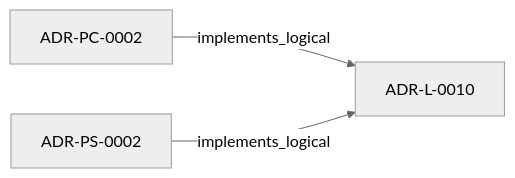
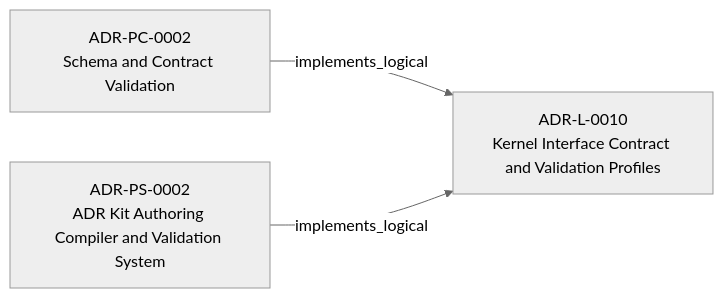
Before and after one commit to egallmann/adr-architecture-kit: the first of 2 diagrams in adrs/adr-projection/logical/ADR-L-0010-kernel-interface-contract-and-validation-profiles.md, drawn with Mermaid (neutral theme). The commit also changed other lines of this file and 35 other files, not shown here.

````diff
--- a/adrs/adr-projection/logical/ADR-L-0010-kernel-interface-contract-and-validation-profiles.md
+++ b/adrs/adr-projection/logical/ADR-L-0010-kernel-interface-contract-and-validation-profiles.md
@@ -30,8 +30,8 @@
 ```mermaid
 flowchart LR
-  n_019fee89_e616_7d61_8e35_f11ba2ddd75d["ADR-L-0010"]
-  n_019fee89_e617_7d2b_8325_cd85ff814477["ADR-PC-0002"]
-  n_019fee89_e618_7d04_9337_4aa2d3258507["ADR-PS-0002"]
+  n_019fee89_e616_7d61_8e35_f11ba2ddd75d["ADR-L-0010<br/>Kernel Interface Contract and Validation Profiles"]
+  n_019fee89_e617_7d2b_8325_cd85ff814477["ADR-PC-0002<br/>Schema and Contract Validation"]
+  n_019fee89_e618_7d04_9337_4aa2d3258507["ADR-PS-0002<br/>ADR Kit Authoring Compiler and Validation System"]
   n_019fee89_e617_7d2b_8325_cd85ff814477 -->|"implements_logical"| n_019fee89_e616_7d61_8e35_f11ba2ddd75d
   n_019fee89_e618_7d04_9337_4aa2d3258507 -->|"implements_logical"| n_019fee89_e616_7d61_8e35_f11ba2ddd75d
 ```
````
